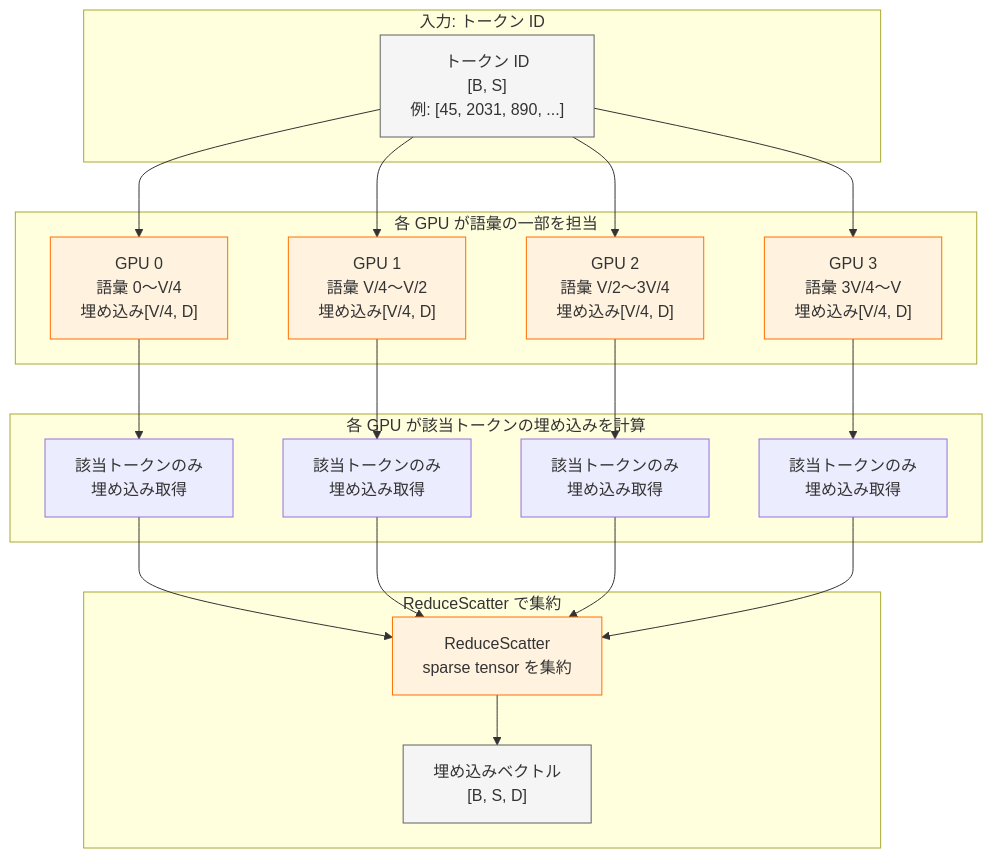
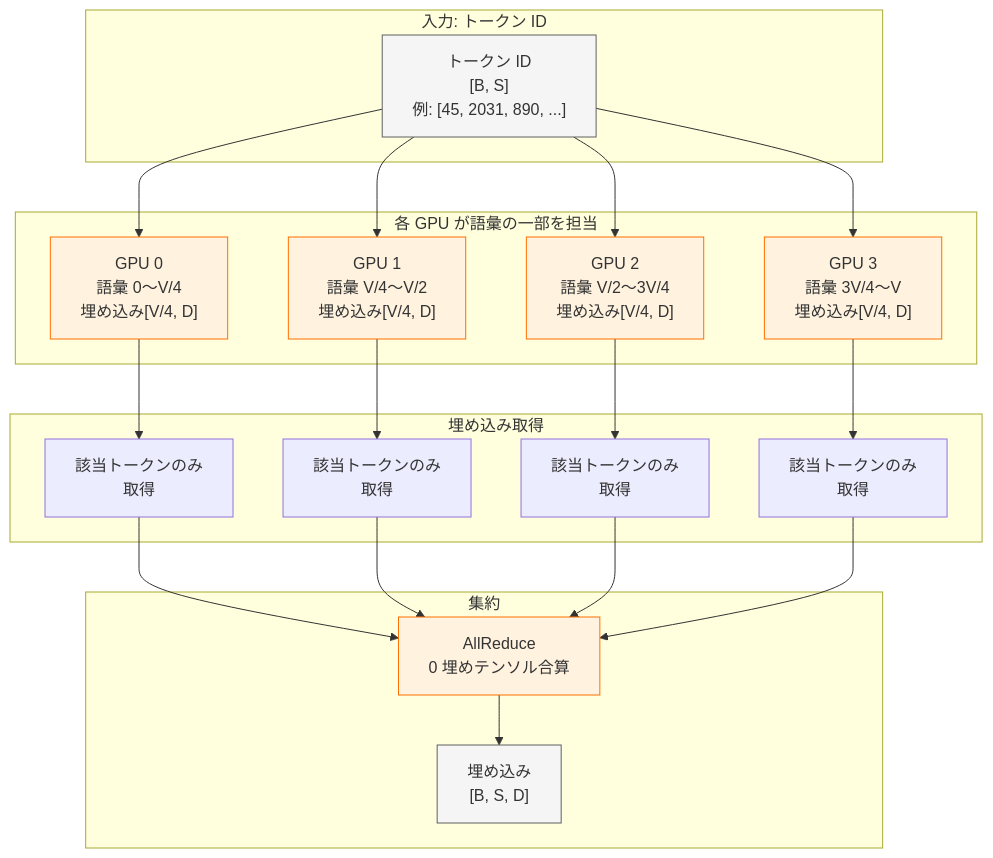
One commit to littlemex/zenn changed diagram 15 of 20 in books/ml-distributed-experiment-collection/transformer-distributed-parallelism.md. Above: the diagram before and after it, drawn with Mermaid. The commit also changed other lines of this file, not shown here.

````diff
--- a/books/ml-distributed-experiment-collection/transformer-distributed-parallelism.md
+++ b/books/ml-distributed-experiment-collection/transformer-distributed-parallelism.md
@@ -869,41 +898,41 @@
 ```mermaid
 graph TB
     subgraph "入力: トークン ID"
         Input["トークン ID<br/>[B, S]<br/>例: [45, 2031, 890, ...]"]
     end
 
     subgraph "各 GPU が語彙の一部を担当"
         GPU0["GPU 0<br/>語彙 0～V/4<br/>埋め込み[V/4, D]"]
         GPU1["GPU 1<br/>語彙 V/4～V/2<br/>埋め込み[V/4, D]"]
         GPU2["GPU 2<br/>語彙 V/2～3V/4<br/>埋め込み[V/4, D]"]
         GPU3["GPU 3<br/>語彙 3V/4～V<br/>埋め込み[V/4, D]"]
     end
 
-    subgraph "各 GPU が該当トークンの埋め込みを計算"
+    subgraph "埋め込み取得"
         Input --> GPU0
         Input --> GPU1
         Input --> GPU2
         Input --> GPU3
 
-        GPU0 --> Lookup0["該当トークンのみ<br/>埋め込み取得"]
-        GPU1 --> Lookup1["該当トークンのみ<br/>埋め込み取得"]
-        GPU2 --> Lookup2["該当トークンのみ<br/>埋め込み取得"]
-        GPU3 --> Lookup3["該当トークンのみ<br/>埋め込み取得"]
+        GPU0 --> Lookup0["該当トークンのみ<br/>取得"]
+        GPU1 --> Lookup1["該当トークンのみ<br/>取得"]
+        GPU2 --> Lookup2["該当トークンのみ<br/>取得"]
+        GPU3 --> Lookup3["該当トークンのみ<br/>取得"]
     end
 
-    subgraph "ReduceScatter で集約"
-        Lookup0 --> RS["ReduceScatter<br/>sparse tensor を集約"]
-        Lookup1 --> RS
-        Lookup2 --> RS
-        Lookup3 --> RS
-        RS --> Output["埋め込みベクトル<br/>[B, S, D]"]
+    subgraph "集約"
+        Lookup0 --> AR["AllReduce<br/>0 埋めテンソル合算"]
+        Lookup1 --> AR
+        Lookup2 --> AR
+        Lookup3 --> AR
+        AR --> Output["埋め込み<br/>[B, S, D]"]
     end
 
     style Input fill: #f5f5f5,stroke: #616161
     style GPU0 fill: #fff3e0,stroke: #ff6f00
     style GPU1 fill: #fff3e0,stroke: #ff6f00
     style GPU2 fill: #fff3e0,stroke: #ff6f00
     style GPU3 fill: #fff3e0,stroke: #ff6f00
-    style RS fill: #fff3e0,stroke: #ff6f00
+    style AR fill: #fff3e0,stroke: #ff6f00
     style Output fill: #f5f5f5,stroke: #616161
 ```
````
